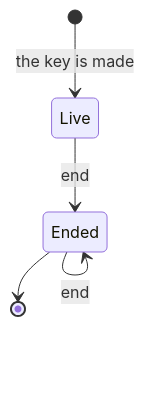
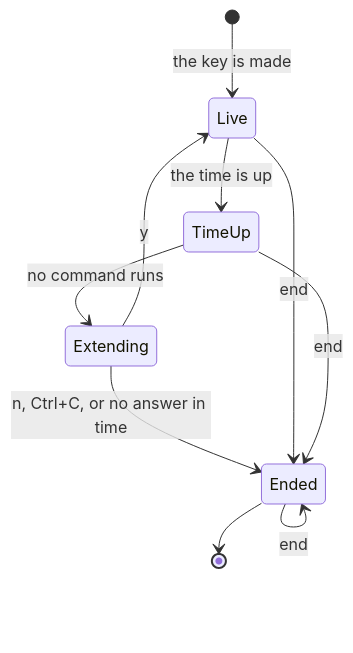
One commit to kdop/gangway changed the third of 6 diagrams in design.md. Above: the diagram before and after it, drawn with Mermaid. The commit also changed other lines of this file and 36 other files, not shown here.

````diff
--- a/design.md
+++ b/design.md
@@ -495,7 +532,12 @@
 ```mermaid
 stateDiagram-v2
   [*] --> Live: the key is made
+  Live --> TimeUp: the time is up
+  TimeUp --> Extending: no command runs
+  Extending --> Live: y
+  Extending --> Ended: n, Ctrl+C, or no answer in time
   Live --> Ended: end
+  TimeUp --> Ended: end
   Ended --> Ended: end
   Ended --> [*]
 ```
````
